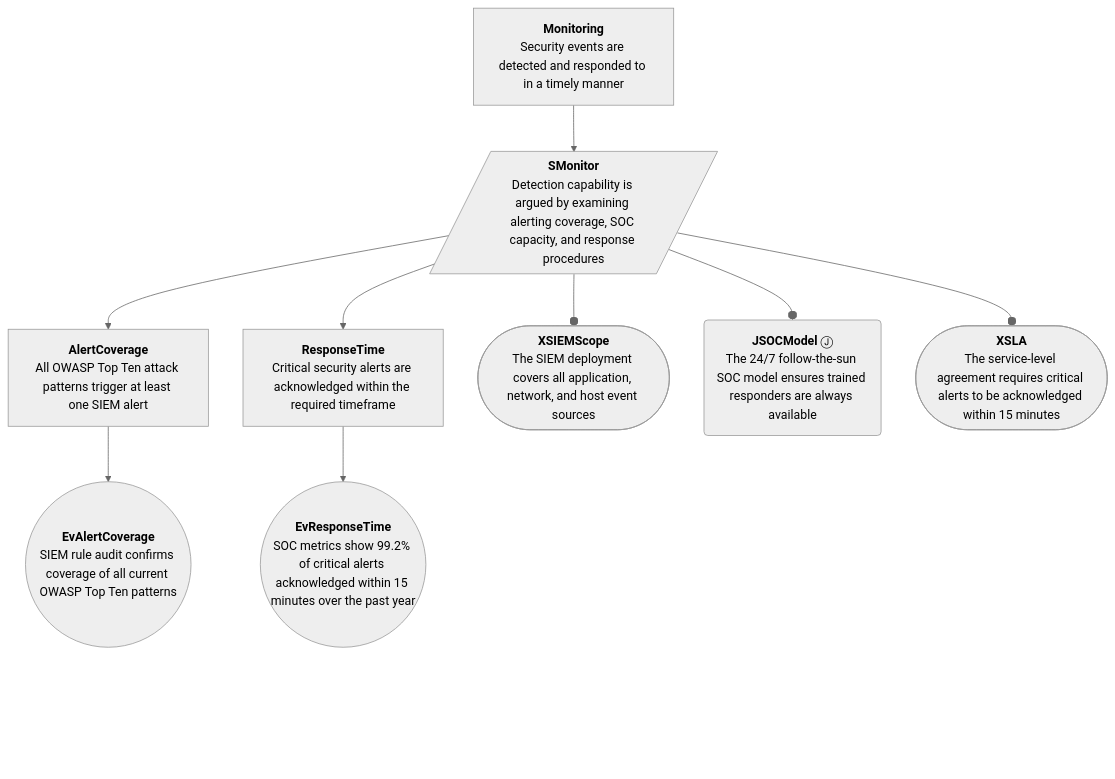
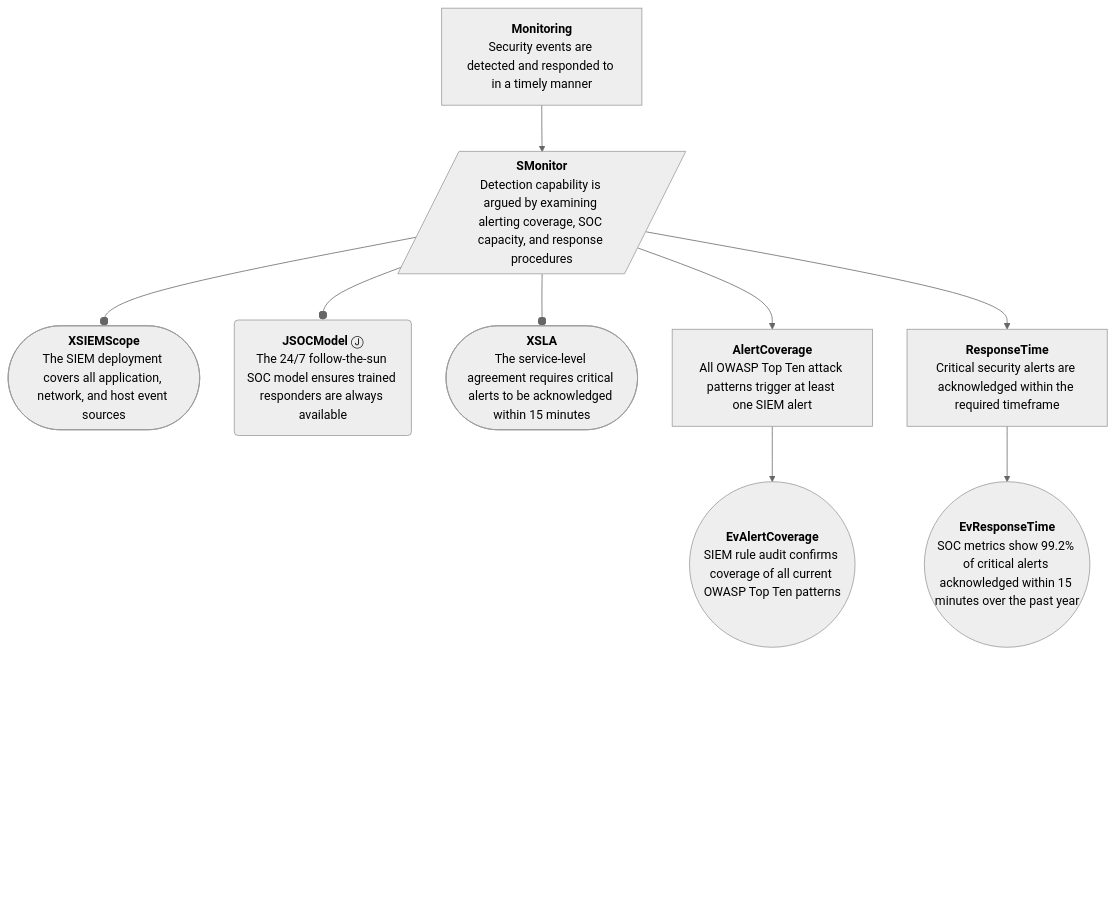
Before and after one commit to david-a-wheeler/verocase: the eighth of 12 diagrams in tests/fixtures/demo-output.expected.md, drawn with Mermaid. The commit also changed other lines of this file and 8 other files, not shown here.

Commit message:
Increase bottom padding by lengthening connector

````diff
--- a/tests/fixtures/demo-output.expected.md
+++ b/tests/fixtures/demo-output.expected.md
@@ -491,48 +491,48 @@
 ```mermaid
 ---
 config:
   theme: neutral
   flowchart:
     curve: basis
     htmlLabels: true
     rankSpacing: 60
     nodeSpacing: 45
     padding: 15
 ---
 flowchart TD
     classDef invisible opacity:0
     classDef gsnUndev stroke-width:2px,stroke-dasharray: 5 5;
     classDef connector fill:none,stroke:#cccccc,stroke-width:1px;
     Monitoring["<b>Monitoring</b><br>Security events are detected and responded to in a timely manner"]
     SMonitor[/"<b>SMonitor</b><br>Detection capability is argued by examining alerting coverage, SOC capacity, and response procedures"/]
     XSIEMScope(["<b>XSIEMScope</b><br>The SIEM deployment covers all application, network, and host event sources"])
     JSOCModel("<b>JSOCModel</b>&nbsp;Ⓙ<br>The 24/7 follow-the-sun SOC model ensures trained responders are always available")
     XSLA(["<b>XSLA</b><br>The service-level agreement requires critical alerts to be acknowledged within 15 minutes"])
     AlertCoverage["<b>AlertCoverage</b><br>All OWASP Top Ten attack patterns trigger at least one SIEM alert"]
     ResponseTime["<b>ResponseTime</b><br>Critical security alerts are acknowledged within the required timeframe"]
     EvAlertCoverage(("<b>EvAlertCoverage</b><br>SIEM rule audit confirms coverage of all current OWASP Top Ten patterns"))
     EvResponseTime(("<b>EvResponseTime</b><br>SOC metrics show 99.2% of critical alerts acknowledged within 15 minutes over the past year"))
     click Monitoring "https://github.com/david-a-wheeler/verocase/blob/main/tests/fixtures/demo-output.expected.md#claim-monitoring"
     click SMonitor "https://github.com/david-a-wheeler/verocase/blob/main/tests/fixtures/demo-output.expected.md#strategy-smonitor"
     click XSIEMScope "https://github.com/david-a-wheeler/verocase/blob/main/tests/fixtures/demo-output.expected.md#context-xsiemscope"
     click JSOCModel "https://github.com/david-a-wheeler/verocase/blob/main/tests/fixtures/demo-output.expected.md#justification-jsocmodel"
     click XSLA "https://github.com/david-a-wheeler/verocase/blob/main/tests/fixtures/demo-output.expected.md#context-xsla"
     click AlertCoverage "https://github.com/david-a-wheeler/verocase/blob/main/tests/fixtures/demo-output.expected.md#claim-alertcoverage"
     click ResponseTime "https://github.com/david-a-wheeler/verocase/blob/main/tests/fixtures/demo-output.expected.md#claim-responsetime"
     click EvAlertCoverage "https://github.com/david-a-wheeler/verocase/blob/main/tests/fixtures/demo-output.expected.md#evidence-evalertcoverage"
     click EvResponseTime "https://github.com/david-a-wheeler/verocase/blob/main/tests/fixtures/demo-output.expected.md#evidence-evresponsetime"
 
     Monitoring --> SMonitor
     SMonitor --o XSIEMScope
     SMonitor --o JSOCModel
     SMonitor --o XSLA
     SMonitor --> AlertCoverage
     AlertCoverage --> EvAlertCoverage
     SMonitor --> ResponseTime
     ResponseTime --> EvResponseTime
-    XSIEMScope ~~~ BottomPadding1["<br/><br/><br/>"]:::invisible
-    JSOCModel ~~~ BottomPadding2["<br/><br/><br/>"]:::invisible
-    XSLA ~~~ BottomPadding3["<br/><br/><br/>"]:::invisible
-    EvAlertCoverage ~~~ BottomPadding4["<br/><br/><br/>"]:::invisible
-    EvResponseTime ~~~ BottomPadding5["<br/><br/><br/>"]:::invisible
+    XSIEMScope ~~~~ BottomPadding1["<br/><br/><br/>"]:::invisible
+    JSOCModel ~~~~ BottomPadding2["<br/><br/><br/>"]:::invisible
+    XSLA ~~~~ BottomPadding3["<br/><br/><br/>"]:::invisible
+    EvAlertCoverage ~~~~ BottomPadding4["<br/><br/><br/>"]:::invisible
+    EvResponseTime ~~~~ BottomPadding5["<br/><br/><br/>"]:::invisible
 ```
````
